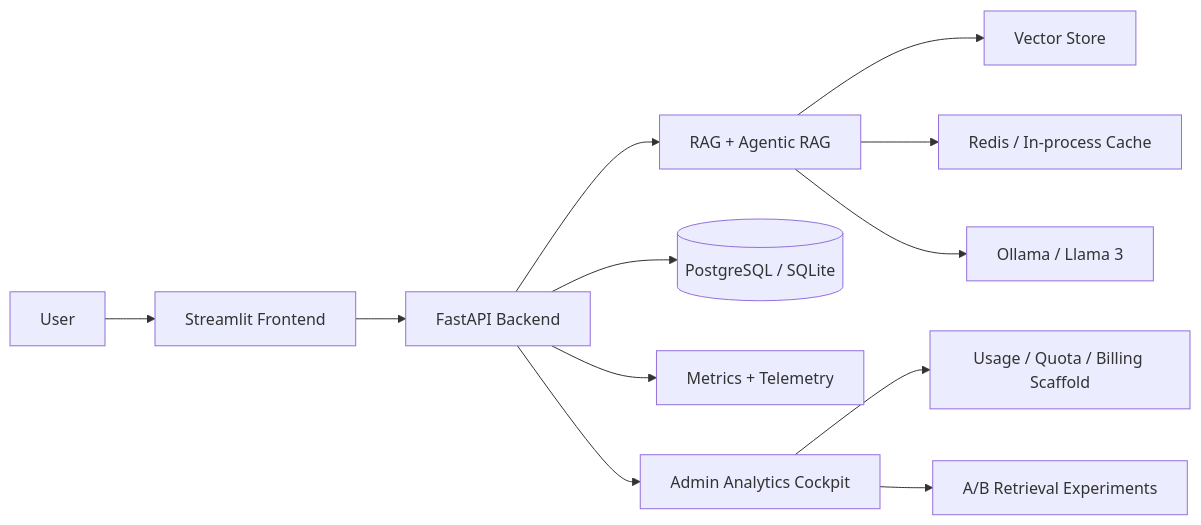
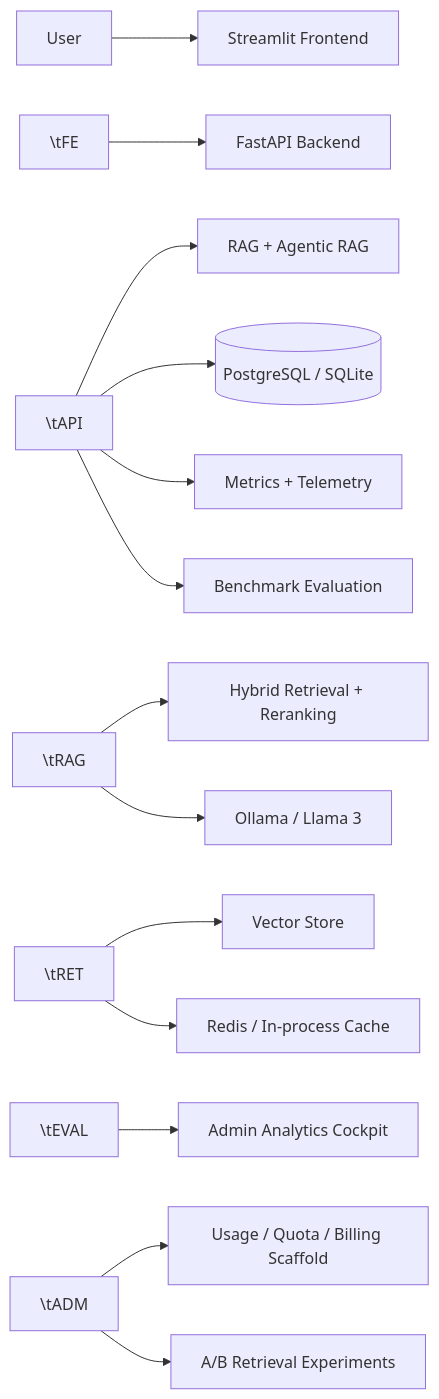
One commit to Sankalp1729/DocuMind-AI changed the first of 2 diagrams in README.md. Above: the diagram before and after it, drawn with Mermaid. The commit also changed other lines of this file, not shown here.

````diff
--- a/README.md
+++ b/README.md
@@ -16,14 +24,16 @@
 ```mermaid
 flowchart LR
-	U[User] --> FE[Streamlit Frontend]
-	FE --> API[FastAPI Backend]
-	API --> RAG[RAG + Agentic RAG]
-	RAG --> VS[Vector Store]
-	RAG --> CACHE[Redis / In-process Cache]
-	RAG --> OLLAMA[Ollama / Llama 3]
-	API --> DB[(PostgreSQL / SQLite)]
-	API --> MET[Metrics + Telemetry]
-	API --> ADM[Admin Analytics Cockpit]
-	ADM --> USG[Usage / Quota / Billing Scaffold]
-	ADM --> EXP[A/B Retrieval Experiments]
+\tU[User] --> FE[Streamlit Frontend]
+\tFE --> API[FastAPI Backend]
+\tAPI --> RAG[RAG + Agentic RAG]
+\tRAG --> RET[Hybrid Retrieval + Reranking]
+\tRET --> VS[Vector Store]
+\tRET --> CACHE[Redis / In-process Cache]
+\tRAG --> OLLAMA[Ollama / Llama 3]
+\tAPI --> DB[(PostgreSQL / SQLite)]
+\tAPI --> MET[Metrics + Telemetry]
+\tAPI --> EVAL[Benchmark Evaluation]
+\tEVAL --> ADM[Admin Analytics Cockpit]
+\tADM --> USG[Usage / Quota / Billing Scaffold]
+\tADM --> EXP[A/B Retrieval Experiments]
 ```
````
